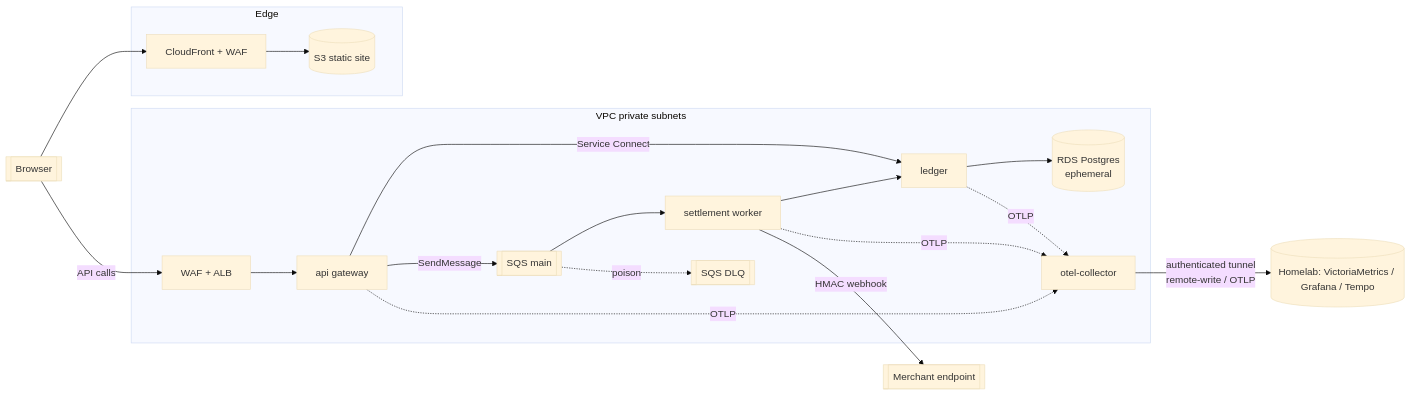
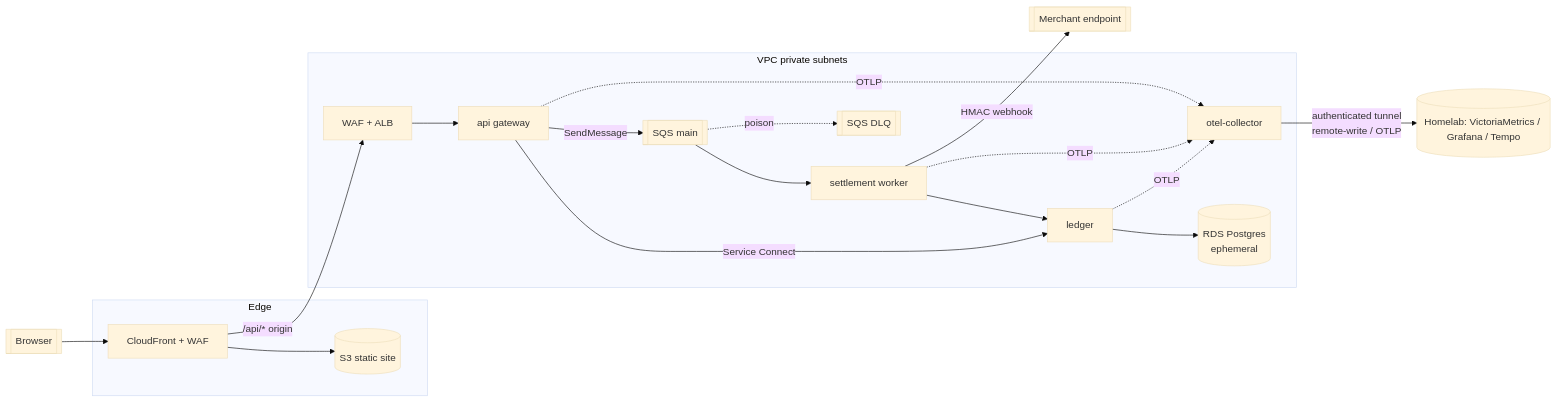
The first of 3 diagrams in docs/ARCHITECTURE.md (nobleman97/bank-of-the-people), drawn with Mermaid (base theme) before and after one commit. The commit also changed other lines of this file and 16 other files, not shown here.

````diff
--- a/docs/ARCHITECTURE.md
+++ b/docs/ARCHITECTURE.md
@@ -66,23 +69,23 @@
 ```mermaid
 flowchart LR
   subgraph Edge
     CF[CloudFront + WAF] --> S3[(S3 static site)]
   end
   User[[Browser]] --> CF
-  User -->|API calls| WAF_ALB[WAF + ALB]
+  CF -->|/api/* origin| WAF_ALB[WAF + ALB]
 
   subgraph VPC[VPC private subnets]
     WAF_ALB --> API[api gateway]
     API -->|Service Connect| LED[ledger]
     LED --> RDS[(RDS Postgres\nephemeral)]
     API -->|SendMessage| SQS[[SQS main]]
     SQS --> WK[settlement worker]
     WK --> LED
     SQS -. poison .-> DLQ[[SQS DLQ]]
     API -.OTLP.-> OTEL[otel-collector]
     LED -.OTLP.-> OTEL
     WK -.OTLP.-> OTEL
   end
   WK -->|HMAC webhook| MERCH[[Merchant endpoint]]
   OTEL -->|authenticated tunnel\nremote-write / OTLP| HOME[(Homelab: VictoriaMetrics / Grafana / Tempo)]
 ```
````
